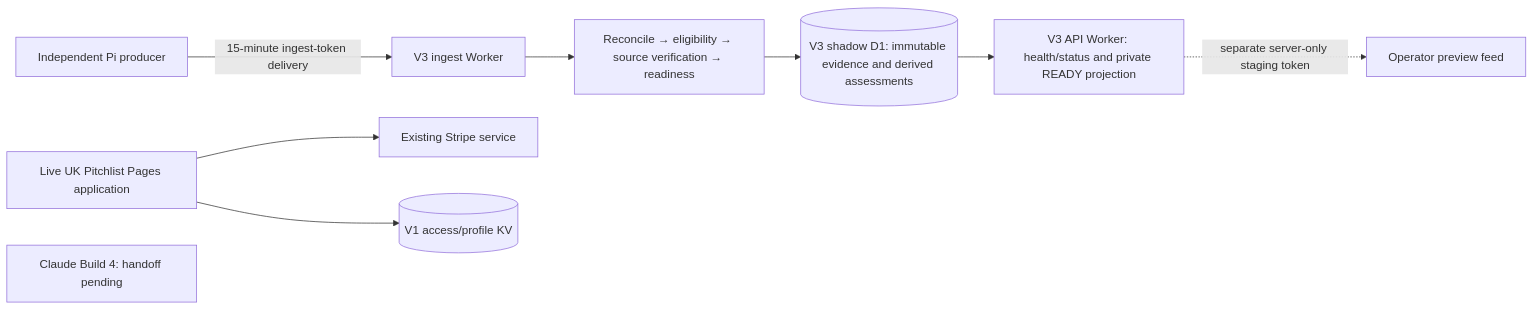
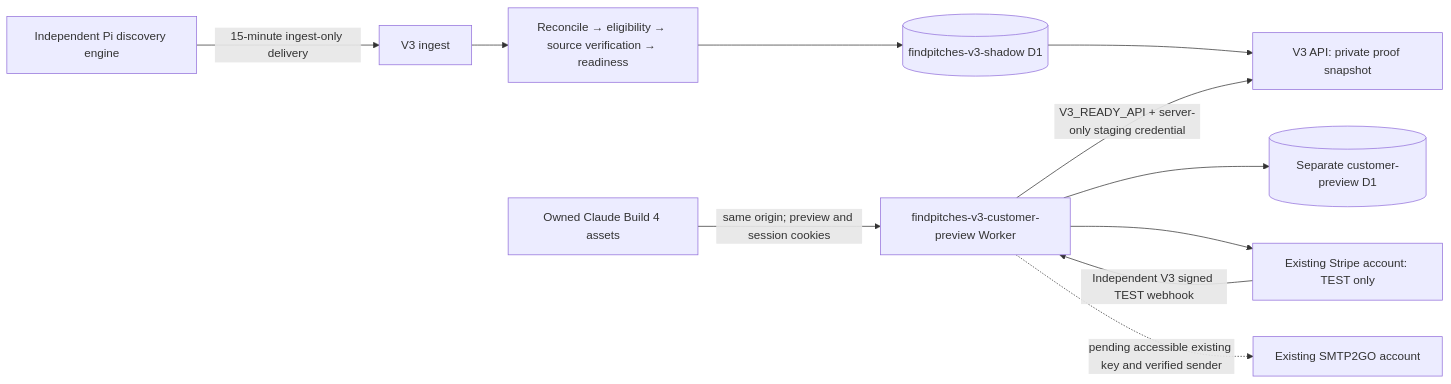
Before and after one commit to christucker-sketch/PitchListUK: the diagram in docs/findpitches-v3-customer-architecture.md, drawn with Mermaid. The commit also changed other lines of this file and 112 other files, not shown here.

Commit message:
Own Build 4 in V3 with native customer API and restricted billing preview

````diff
--- a/docs/findpitches-v3-customer-architecture.md
+++ b/docs/findpitches-v3-customer-architecture.md
@@ -7,11 +7,13 @@
 ```mermaid
 flowchart LR
-  Pi[Independent Pi producer] -->|15-minute ingest-token delivery| Ingest[V3 ingest Worker]
-  Ingest --> Reconcile[Reconcile → eligibility → source verification → readiness]
-  Reconcile --> DB[(V3 shadow D1: immutable evidence and derived assessments)]
-  DB --> API[V3 API Worker: health/status and private READY projection]
-  API -. separate server-only staging token .-> Preview[Operator preview feed]
-  V1[Live UK Pitchlist Pages application] --> Stripe[Existing Stripe service]
-  V1 --> KV[(V1 access/profile KV)]
-  B4[Claude Build 4: handoff pending]
+  Pi[Independent Pi discovery engine] -->|15-minute ingest-only delivery| Ingest[V3 ingest]
+  Ingest --> Pipeline[Reconcile → eligibility → source verification → readiness]
+  Pipeline --> Evidence[(findpitches-v3-shadow D1)]
+  Evidence --> API[V3 API: private proof snapshot]
+  Browser[Owned Claude Build 4 assets] -->|same origin; preview and session cookies| Customer[findpitches-v3-customer-preview Worker]
+  Customer -->|V3_READY_API + server-only staging credential| API
+  Customer --> Customers[(Separate customer-preview D1)]
+  Customer --> Stripe[Existing Stripe account: TEST only]
+  Stripe -->|Independent V3 signed TEST webhook| Customer
+  Customer -. pending accessible existing key and verified sender .-> Email[Existing SMTP2GO account]
 ```
````
